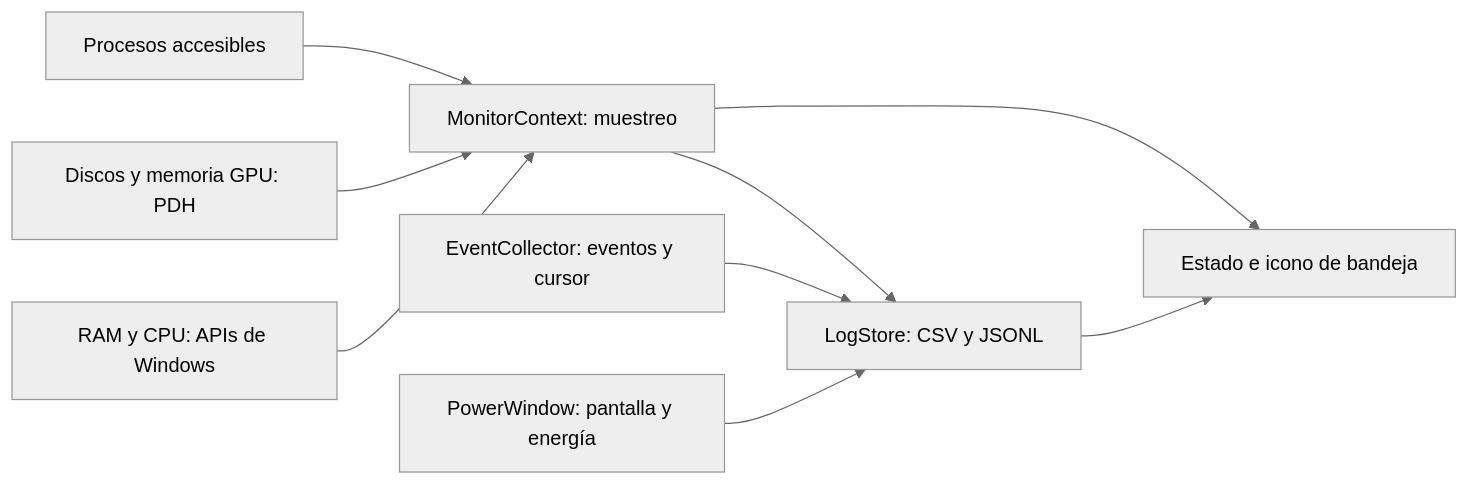
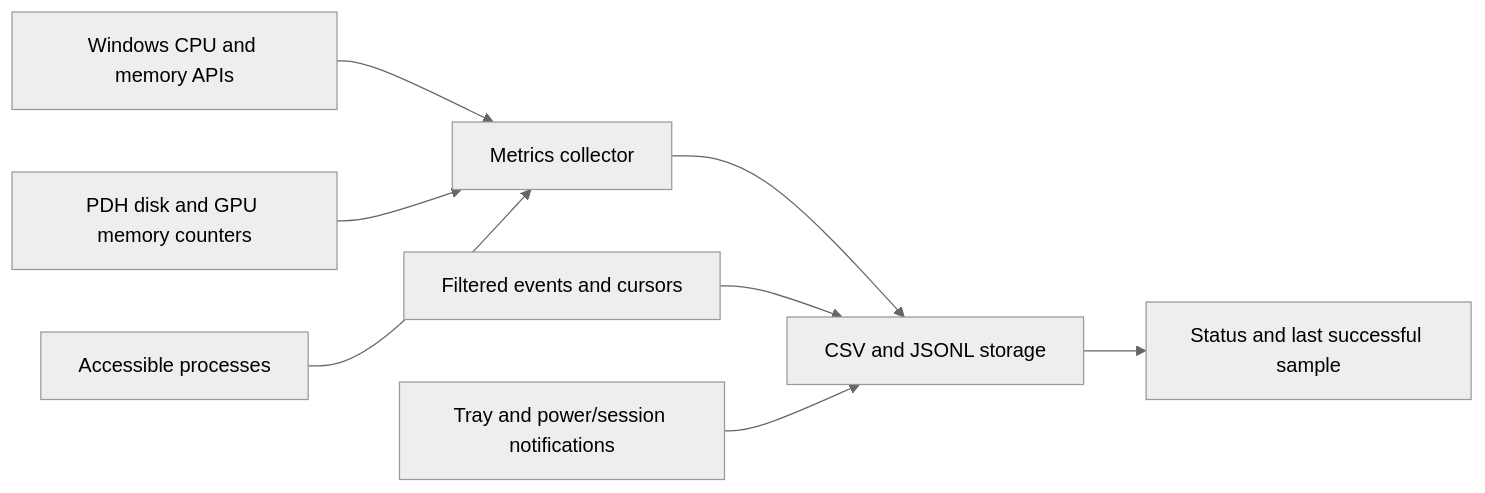
Before and after one commit to Yunnn-Yulio/pcwatch: the diagram in docs/architecture.md, drawn with Mermaid (neutral theme). The commit also changed other lines of this file and 42 other files, not shown here.

````diff
--- a/docs/architecture.md
+++ b/docs/architecture.md
@@ -5,11 +5,10 @@
 ```mermaid
 flowchart LR
-  A[RAM y CPU: APIs de Windows] --> M[MonitorContext: muestreo]
-  B[Discos y memoria GPU: PDH] --> M
-  C[Procesos accesibles] --> M
-  E[EventCollector: eventos y cursor] --> L[LogStore: CSV y JSONL]
-  P[PowerWindow: pantalla y energía] --> L
-  M --> L
-  M --> S[Estado e icono de bandeja]
-  L --> S
+  A[Windows CPU and memory APIs] --> M[Metrics collector]
+  B[PDH disk and GPU memory counters] --> M
+  C[Accessible processes] --> M
+  M --> S[CSV and JSONL storage]
+  E[Filtered events and cursors] --> S
+  W[Tray and power/session notifications] --> S
+  S --> H[Status and last successful sample]
 ```
````
